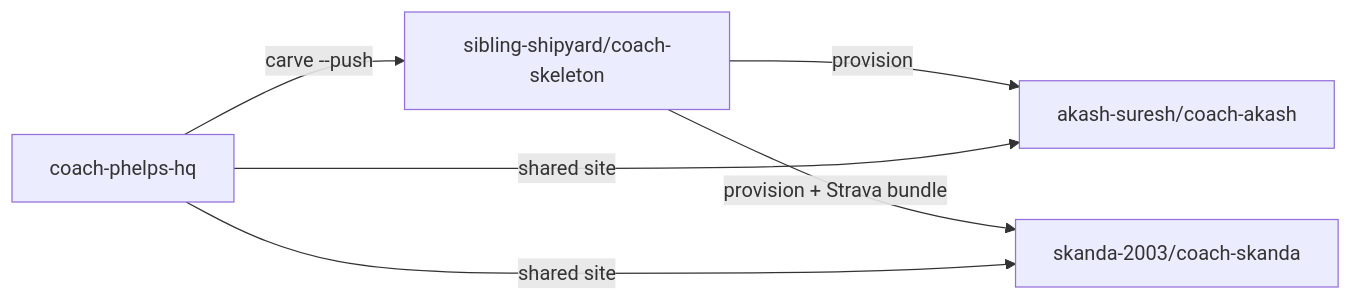
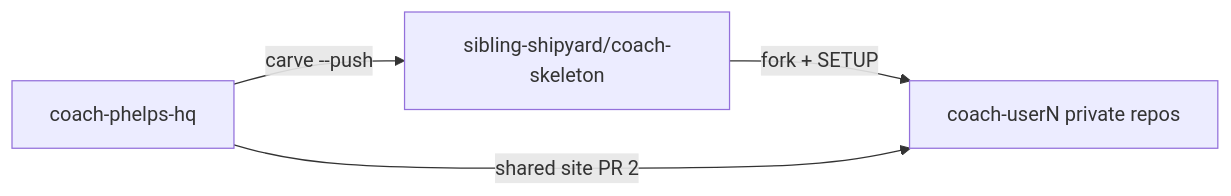
Before and after one commit to sibling-shipyard/coach-hq: the first of 4 diagrams in docs/m1-plan.md, drawn with Mermaid. The commit also changed other lines of this file and 3 other files, not shown here.

````diff
--- a/docs/m1-plan.md
+++ b/docs/m1-plan.md
@@ -26,12 +28,9 @@
 ```mermaid
 flowchart LR
   hq["coach-phelps-hq"]
   skel["sibling-shipyard/coach-skeleton"]
-  akash["akash-suresh/coach-akash"]
-  skanda["skanda-2003/coach-skanda"]
+  u3["coach-userN private repos"]
   hq -->|carve --push| skel
-  skel -->|provision| akash
-  skel -->|provision + Strava bundle| skanda
-  hq -->|shared site| akash
-  hq -->|shared site| skanda
+  skel -->|fork + SETUP| u3
+  hq -->|shared site PR 2| u3
 ```
````
